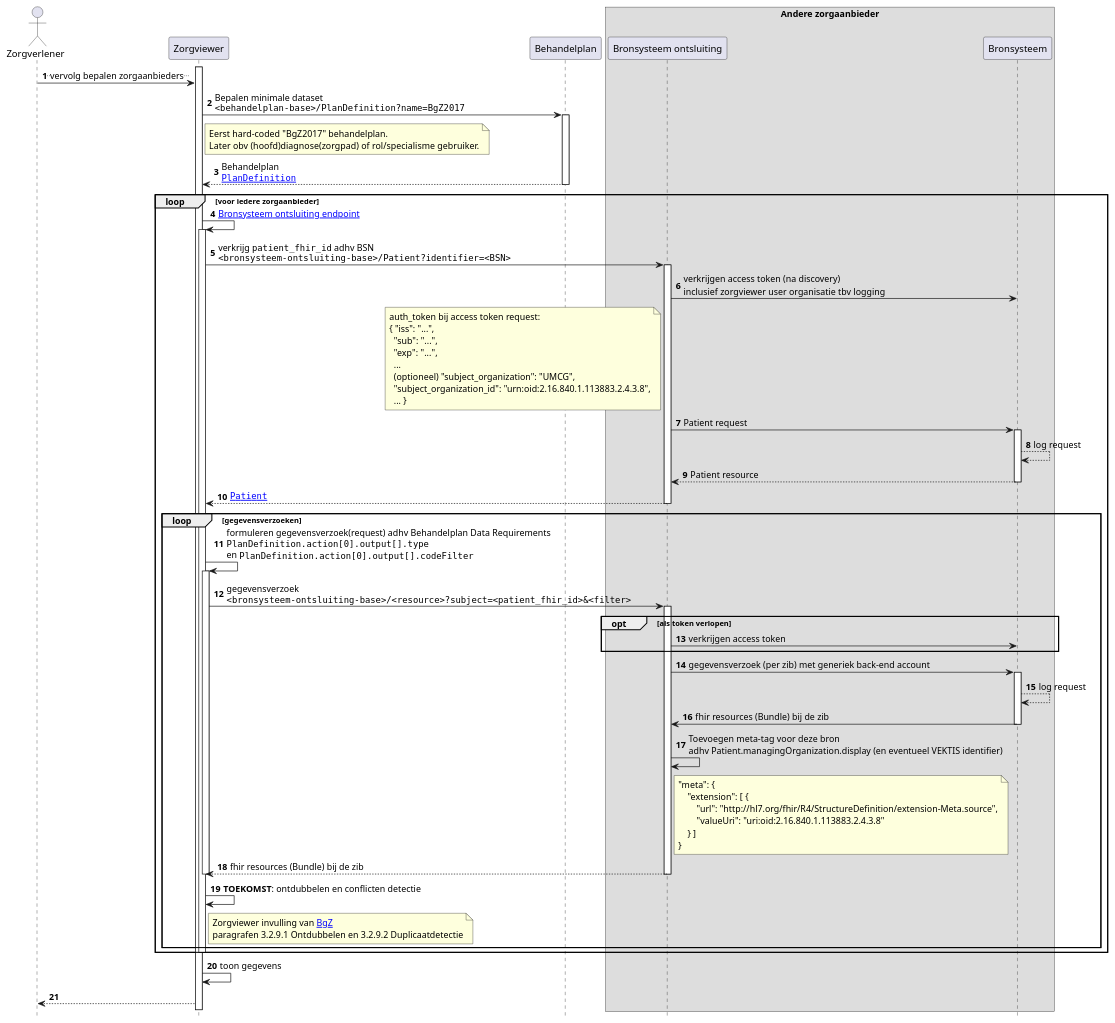
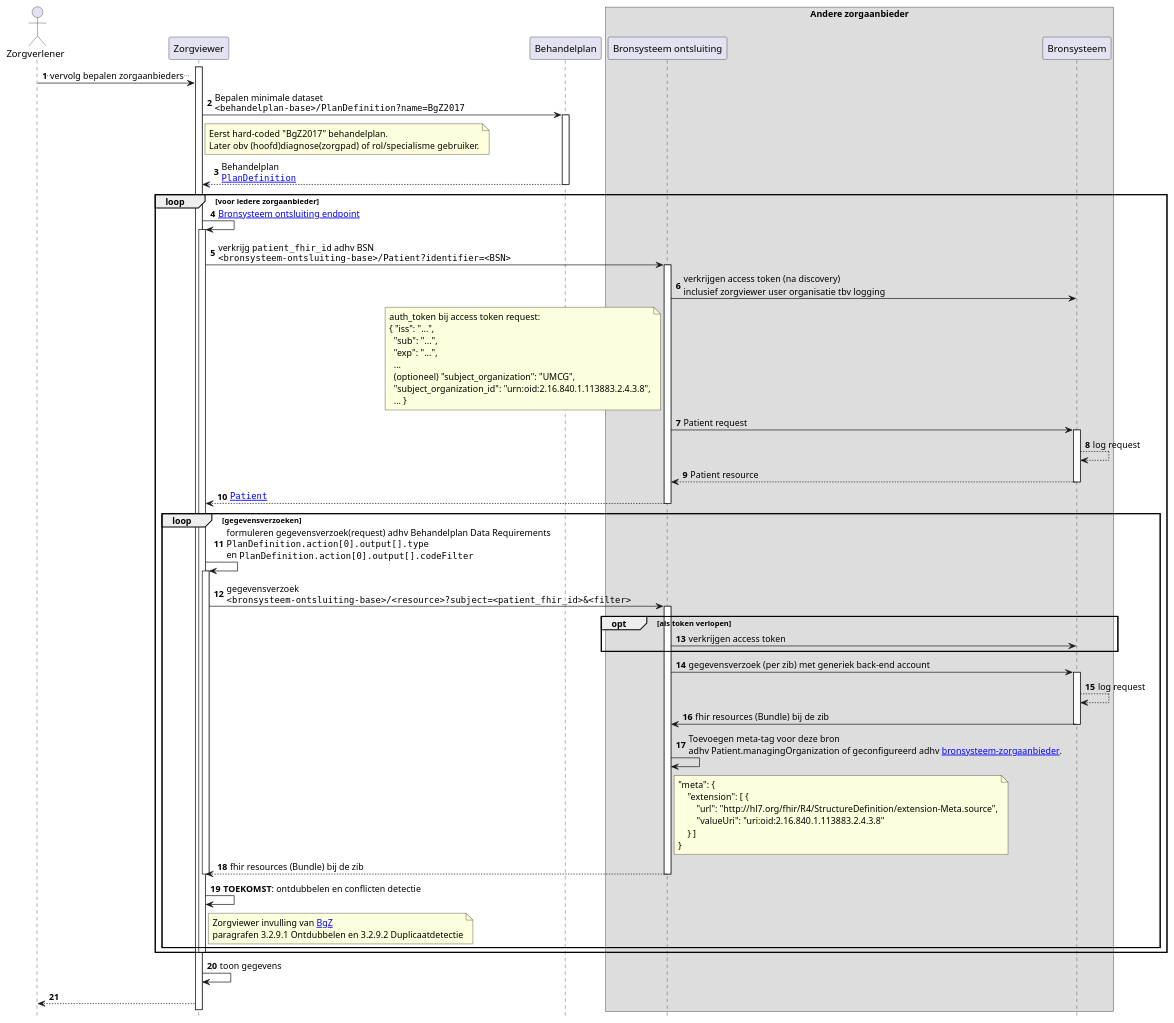
One commit to RIVO-Noord/zorgviewer-ig changed the diagram in input/images-source/Zorgviewer-seq-3.plantuml. Above: the diagram before and after it, drawn with PlantUML. The commit also changed 2 other files, not shown here.

Commit message:
system fixes

```diff
--- a/input/images-source/Zorgviewer-seq-3.plantuml
+++ b/input/images-source/Zorgviewer-seq-3.plantuml
@@ -1,83 +1,83 @@
 @startuml
 hide footbox
 autonumber
 
 actor Zorgverlener
 participant Zorgviewer
 participant Behandelplan
 box "Andere zorgaanbieder"
 participant "Bronsysteem ontsluiting" as Bron
 participant Bronsysteem
 end box
 
 activate Zorgviewer
 Zorgverlener->Zorgviewer: ..vervolg bepalen zorgaanbieders..
 Zorgviewer->Behandelplan: Bepalen minimale dataset\n""<behandelplan-base>/PlanDefinition?name=BgZ2017""
 note right Zorgviewer
   Eerst hard-coded "BgZ2017" behandelplan.
   Later obv (hoofd)diagnose(zorgpad) of rol/specialisme gebruiker.
 end note
 activate Behandelplan
 Behandelplan-->Zorgviewer: Behandelplan\n""[[StructureDefinition-PlanDefinition.html PlanDefinition]]""
 deactivate Behandelplan
 loop voor iedere zorgaanbieder
   Zorgviewer->Zorgviewer: [[Endpoint-UMCG.html Bronsysteem ontsluiting endpoint]]
   activate Zorgviewer
   Zorgviewer->Bron : verkrijg ""patient_fhir_id"" adhv BSN\n""<bronsysteem-ontsluiting-base>/Patient?identifier=<BSN>""
   activate Bron
   Bron->Bronsysteem : verkrijgen access token (na discovery)\ninclusief zorgviewer user organisatie tbv logging
   note left Bron
     auth_token bij access token request:
     { "iss": "...",
       "sub": "...",
       "exp": "...",
       ...
       (optioneel) "subject_organization": "UMCG",
       "subject_organization_id": "urn:oid:2.16.840.1.113883.2.4.3.8",
       ... }
   end note
   Bron->Bronsysteem : Patient request
   activate Bronsysteem
   Bronsysteem-->Bronsysteem: log request
   Bronsysteem-->Bron : Patient resource
   deactivate Bronsysteem
   Bron-->Zorgviewer : ""[[StructureDefinition-Patient.html Patient]]""
   deactivate Bron
   loop gegevensverzoeken
     Zorgviewer->Zorgviewer: formuleren gegevensverzoek(request) adhv Behandelplan Data Requirements\n""PlanDefinition.action[0].output[].type""\nen ""PlanDefinition.action[0].output[].codeFilter""
     activate Zorgviewer
     Zorgviewer->Bron: gegevensverzoek\n""<bronsysteem-ontsluiting-base>/<resource>?subject=<patient_fhir_id>&<filter>""
     activate Bron
     opt als token verlopen
       Bron->Bronsysteem : verkrijgen access token
     end opt
     Bron->Bronsysteem : gegevensverzoek (per zib) met generiek back-end account
     activate Bronsysteem
     Bronsysteem-->Bronsysteem: log request
     Bronsysteem->Bron: fhir resources (Bundle) bij de zib
     deactivate Bronsysteem
-    Bron->Bron: Toevoegen meta-tag voor deze bron\nadhv Patient.managingOrganization.display (en eventueel VEKTIS identifier)
+    Bron->Bron: Toevoegen meta-tag voor deze bron\nadhv Patient.managingOrganization of geconfigureerd adhv [[CodeSystem-bronsysteem-zorgaanbieder bronsysteem-zorgaanbieder]].
     note right Bron
 "meta": {
     "extension": [ {
         "url": "http://hl7.org/fhir/R4/StructureDefinition/extension-Meta.source",
         "valueUri": "uri:oid:2.16.840.1.113883.2.4.3.8"
     } ]
 }
     end note
     Bron-->Zorgviewer: fhir resources (Bundle) bij de zib
     deactivate Bron
     deactivate Zorgviewer
     Zorgviewer->Zorgviewer: **TOEKOMST**: ontdubbelen en conflicten detectie
     note right of Zorgviewer
       Zorgviewer invulling van [[https://informatiestandaarden.nictiz.nl/wiki/BgZ:V1.0_BgZ_MSZ_Informatiestandaard BgZ]] 
       paragrafen 3.2.9.1 Ontdubbelen en 3.2.9.2 Duplicaatdetectie
     end note
   end
   deactivate Zorgviewer
 end
 
 Zorgviewer->Zorgviewer: toon gegevens
 Zorgviewer-->Zorgverlener
 
 @enduml
```
